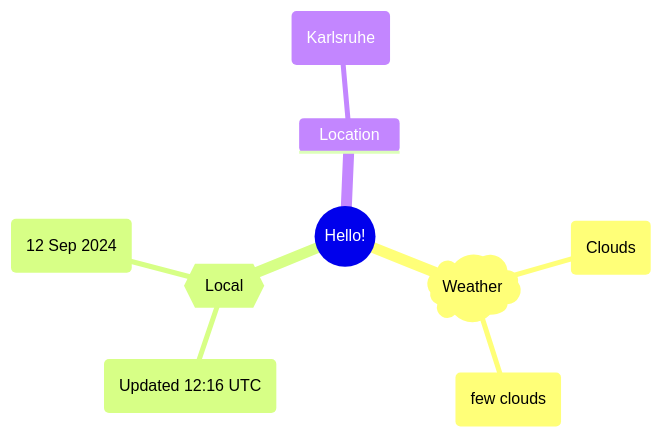
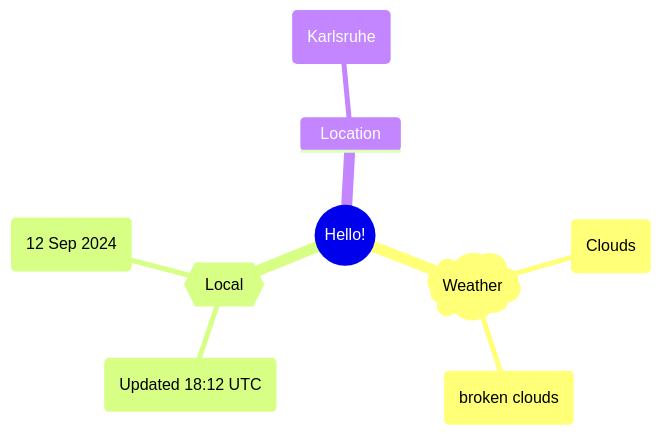
The first of 2 diagrams in README.md (Xosrov/Xosrov), drawn with Mermaid before and after one commit.

Commit message:
[bot] updated images

````diff
--- a/README.md
+++ b/README.md
@@ -3,12 +3,12 @@
 ```mermaid
 mindmap
   root((Hello!))
     )Weather(
         (Clouds)
-        (few clouds)
+        (broken clouds)
     {{Local}}
-        (Updated 12:16 UTC)
+        (Updated 18:12 UTC)
         (12 Sep 2024)
     Location
         (Karlsruhe)
 ```
````
